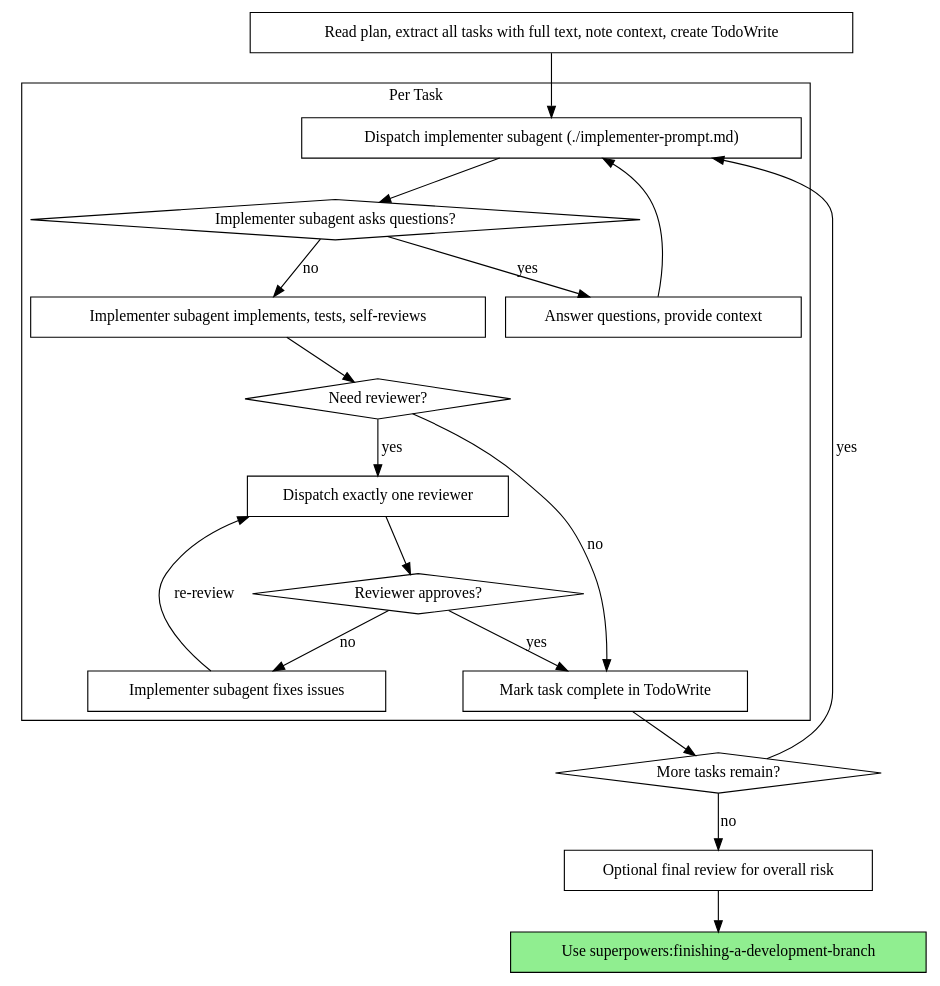
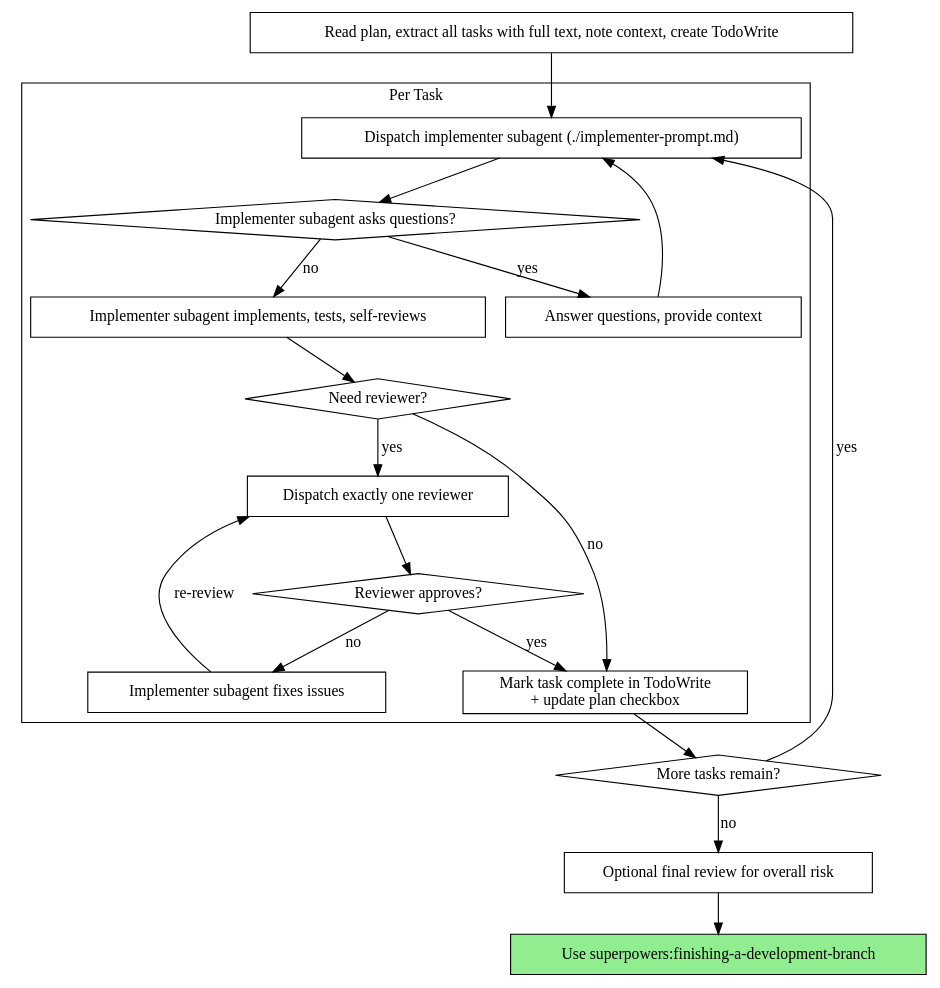
One commit to Al-assad/superpowers changed the second of 2 diagrams in skills/subagent-driven-development/SKILL.md. Above: the diagram before and after it, drawn with Graphviz. The commit also changed other lines of this file and 5 other files, not shown here.

Commit message:
fix: sync checkbox updates to actual plan file path

````diff
--- a/skills/subagent-driven-development/SKILL.md
+++ b/skills/subagent-driven-development/SKILL.md
@@ -42,40 +42,40 @@
 ```dot
 digraph process {
     rankdir=TB;
 
     subgraph cluster_per_task {
         label="Per Task";
         "Dispatch implementer subagent (./implementer-prompt.md)" [shape=box];
         "Implementer subagent asks questions?" [shape=diamond];
         "Answer questions, provide context" [shape=box];
         "Implementer subagent implements, tests, self-reviews" [shape=box];
         "Need reviewer?" [shape=diamond];
         "Dispatch exactly one reviewer" [shape=box];
         "Reviewer approves?" [shape=diamond];
         "Implementer subagent fixes issues" [shape=box];
-        "Mark task complete in TodoWrite" [shape=box];
+        "Mark task complete in TodoWrite\n+ update plan checkbox" [shape=box];
     }
 
     "Read plan, extract all tasks with full text, note context, create TodoWrite" [shape=box];
     "More tasks remain?" [shape=diamond];
     "Optional final review for overall risk" [shape=box];
     "Use superpowers:finishing-a-development-branch" [shape=box style=filled fillcolor=lightgreen];
 
     "Read plan, extract all tasks with full text, note context, create TodoWrite" -> "Dispatch implementer subagent (./implementer-prompt.md)";
     "Dispatch implementer subagent (./implementer-prompt.md)" -> "Implementer subagent asks questions?";
     "Implementer subagent asks questions?" -> "Answer questions, provide context" [label="yes"];
     "Answer questions, provide context" -> "Dispatch implementer subagent (./implementer-prompt.md)";
     "Implementer subagent asks questions?" -> "Implementer subagent implements, tests, self-reviews" [label="no"];
     "Implementer subagent implements, tests, self-reviews" -> "Need reviewer?";
-    "Need reviewer?" -> "Mark task complete in TodoWrite" [label="no"];
+    "Need reviewer?" -> "Mark task complete in TodoWrite\n+ update plan checkbox" [label="no"];
     "Need reviewer?" -> "Dispatch exactly one reviewer" [label="yes"];
     "Dispatch exactly one reviewer" -> "Reviewer approves?";
     "Reviewer approves?" -> "Implementer subagent fixes issues" [label="no"];
     "Implementer subagent fixes issues" -> "Dispatch exactly one reviewer" [label="re-review"];
-    "Reviewer approves?" -> "Mark task complete in TodoWrite" [label="yes"];
-    "Mark task complete in TodoWrite" -> "More tasks remain?";
+    "Reviewer approves?" -> "Mark task complete in TodoWrite\n+ update plan checkbox" [label="yes"];
+    "Mark task complete in TodoWrite\n+ update plan checkbox" -> "More tasks remain?";
     "More tasks remain?" -> "Dispatch implementer subagent (./implementer-prompt.md)" [label="yes"];
     "More tasks remain?" -> "Optional final review for overall risk" [label="no"];
     "Optional final review for overall risk" -> "Use superpowers:finishing-a-development-branch";
 }
 ```
````
